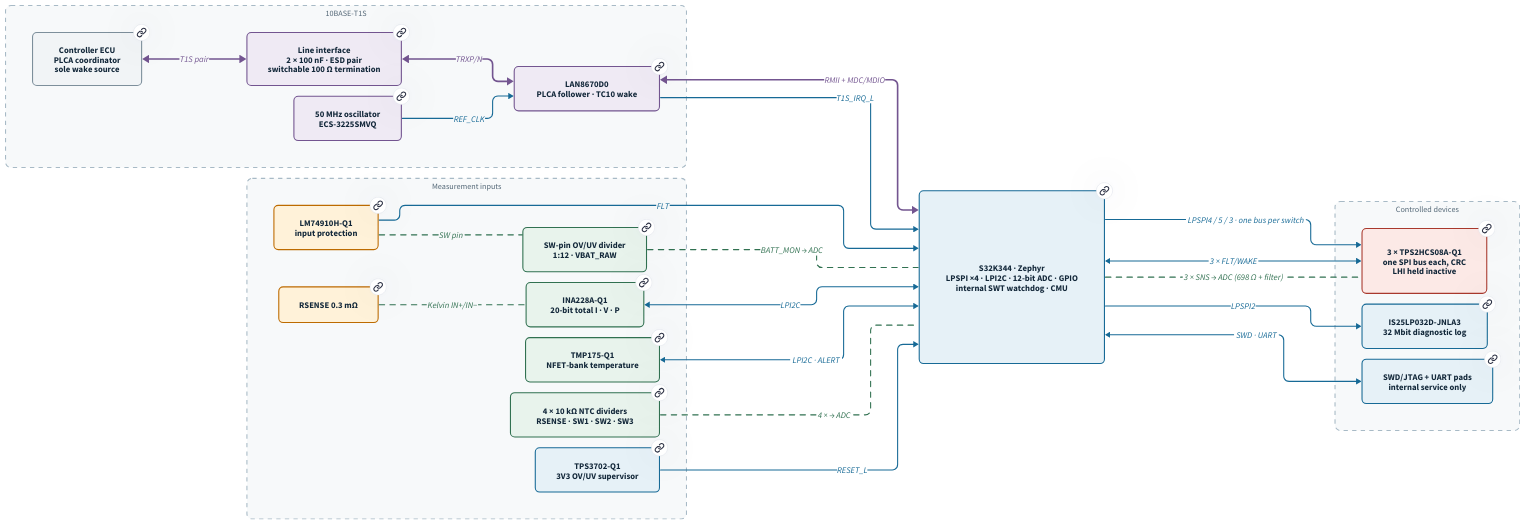
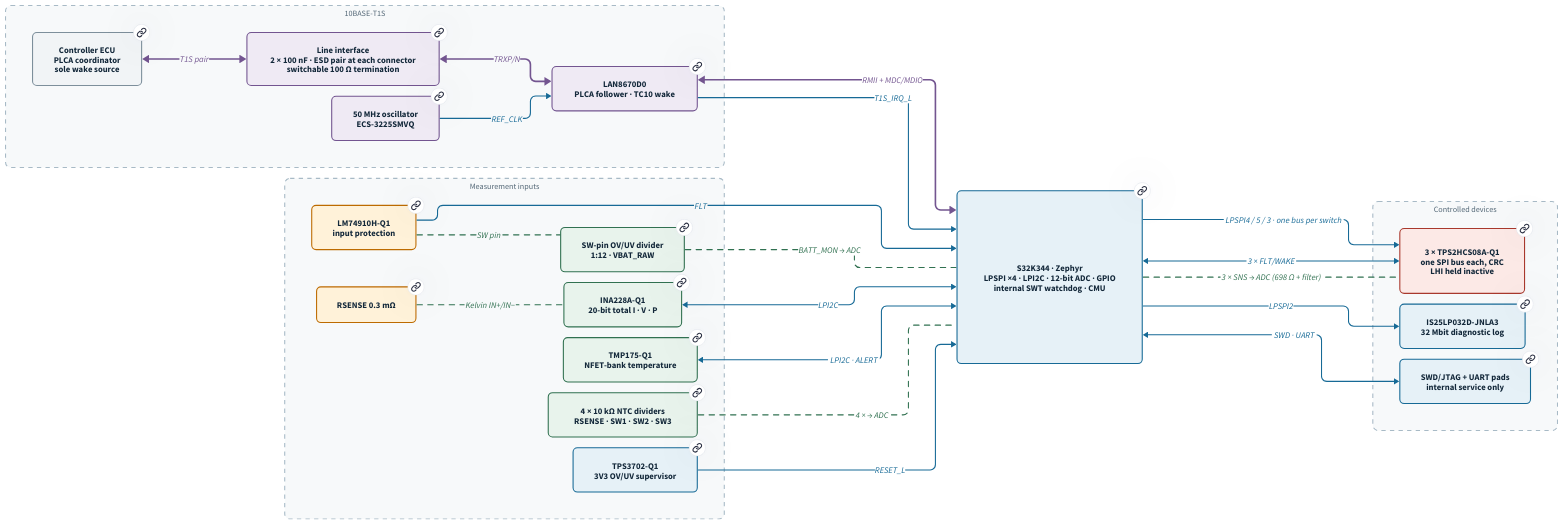
The diagram in docs/src/diagrams/signals.d2 (karlTbowers/node60-hw), drawn with D2 before and after one commit. The commit also changed 8 other files, not shown here.

First line of the commit message:
Records for D16-2: DEC-012 rev. C, ESD pair at J912, capacitance check

```diff
--- a/docs/src/diagrams/signals.d2
+++ b/docs/src/diagrams/signals.d2
@@ -1,74 +1,74 @@
 # Node60 · Signal architecture, digital and analog (Architecture Rev A)
 # Inputs on the left, MCU in the middle, outputs on the right.
 # Solid = digital (purple: network, blue: control buses). Dashed green = analog into the MCU ADC.
 # Every block links to its subsystem page (site-relative; the D2Diagram component adds the base path).
 
 direction: right
 
 vars: {
   d2-config: {
     layout-engine: elk
   }
 }
 
 classes: {
   external: {style: {fill: "#f1f4f6"; stroke: "#7d8f9b"; stroke-width: 2; border-radius: 8; font-color: "#13283a"}}
   network: {style: {fill: "#efeaf4"; stroke: "#735590"; stroke-width: 2; border-radius: 8; font-color: "#13283a"}}
   compute: {style: {fill: "#e6f1f7"; stroke: "#176a96"; stroke-width: 2; border-radius: 8; font-color: "#13283a"}}
   sense: {style: {fill: "#e8f3ec"; stroke: "#317151"; stroke-width: 2; border-radius: 8; font-color: "#13283a"}}
   battery: {style: {fill: "#fff2d9"; stroke: "#bd6b00"; stroke-width: 2; border-radius: 8; font-color: "#13283a"}}
   load: {style: {fill: "#fce9e6"; stroke: "#a9392d"; stroke-width: 2; border-radius: 8; font-color: "#13283a"}}
   group: {style: {fill: "#f7f9fa"; stroke: "#a8bac6"; stroke-dash: 4; border-radius: 10; font-color: "#536776"; font-size: 15}}
   net: {style: {stroke: "#735590"; stroke-width: 3; font-color: "#735590"}}
   dig: {style: {stroke: "#176a96"; stroke-width: 2; font-color: "#176a96"}}
   ana: {style: {stroke: "#317151"; stroke-width: 2; stroke-dash: 5; font-color: "#317151"}}
 }
 
 network: "10BASE-T1S" {
   class: group
   ecu: "Controller ECU\nPLCA coordinator\nsole wake source" {class: external; link: "/subsystems/harness/"}
-  line: "Line interface\n2 × 100 nF · ESD pair\nswitchable 100 Ω termination" {class: network; link: "/subsystems/network/"}
+  line: "Line interface\n2 × 100 nF · ESD pair at each connector\nswitchable 100 Ω termination" {class: network; link: "/subsystems/network/"}
   phy: "LAN8670D0\nPLCA follower · TC10 wake" {class: network; link: "/subsystems/network/"}
   osc: "50 MHz oscillator\nECS-3225SMVQ" {class: network; link: "/subsystems/network/"}
 }
 
 sensing: "Measurement inputs" {
   class: group
   lm: "LM74910H-Q1\ninput protection" {class: battery; link: "/subsystems/power/"}
   rsense: "RSENSE 0.3 mΩ" {class: battery; link: "/subsystems/power/"}
   div: "SW-pin OV/UV divider\n1:12 · VBAT_RAW" {class: sense; link: "/subsystems/power/"}
   ina: "INA228A-Q1\n20-bit total I · V · P" {class: sense; link: "/subsystems/power/"}
   tmp: "TMP175-Q1\nNFET-bank temperature" {class: sense; link: "/subsystems/temperature/"}
   ntc: "4 × 10 kΩ NTC dividers\nRSENSE · SW1 · SW2 · SW3" {class: sense; link: "/subsystems/temperature/"}
   sup: "TPS3702-Q1\n3V3 OV/UV supervisor" {class: compute; link: "/subsystems/supervision/"}
 }
 
 mcu: "S32K344 · Zephyr\nLPSPI ×4 · LPI2C · 12-bit ADC · GPIO\ninternal SWT watchdog · CMU" {class: compute; link: "/subsystems/compute/"}
 
 outputs: "Controlled devices" {
   class: group
   sw: "3 × TPS2HCS08A-Q1\none SPI bus each, CRC\nLHI held inactive" {class: load; link: "/subsystems/outputs/"}
   flash: "IS25LP032D-JNLA3\n32 Mbit diagnostic log" {class: compute; link: "/subsystems/firmware/"}
   dbg: "SWD/JTAG + UART pads\ninternal service only" {class: compute; link: "/subsystems/compute/"}
 }
 
 network.ecu <-> network.line: "T1S pair" {class: net}
 network.line <-> network.phy: "TRXP/N" {class: net}
 network.osc -> network.phy: "REF_CLK" {class: dig}
 network.phy <-> mcu: "RMII + MDC/MDIO" {class: net}
 network.phy -> mcu: "T1S_IRQ_L" {class: dig}
 
 sensing.rsense -- sensing.ina: "Kelvin IN+/IN−" {class: ana}
 sensing.lm -- sensing.div: "SW pin" {class: ana}
 sensing.div -- mcu: "BATT_MON → ADC" {class: ana}
 sensing.ntc -- mcu: "4 × → ADC" {class: ana}
 sensing.ina <-> mcu: "LPI2C" {class: dig}
 sensing.tmp <-> mcu: "LPI2C · ALERT" {class: dig}
 sensing.lm -> mcu: "FLT" {class: dig}
 sensing.sup -> mcu: "RESET_L" {class: dig}
 
 mcu -> outputs.sw: "LPSPI4 / 5 / 3 · one bus per switch" {class: dig}
 mcu <-> outputs.sw: "3 × FLT/WAKE" {class: dig}
 mcu -- outputs.sw: "3 × SNS → ADC (698 Ω + filter)" {class: ana}
 mcu -> outputs.flash: "LPSPI2" {class: dig}
 mcu <-> outputs.dbg: "SWD · UART" {class: dig}
```
